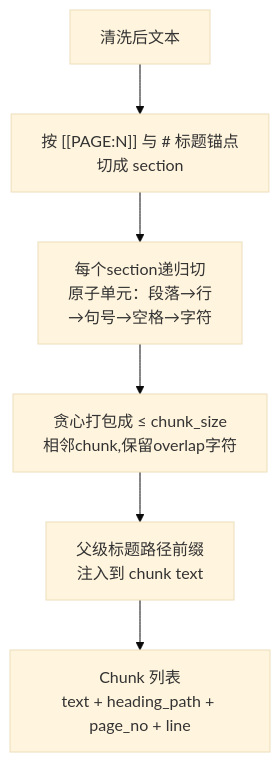
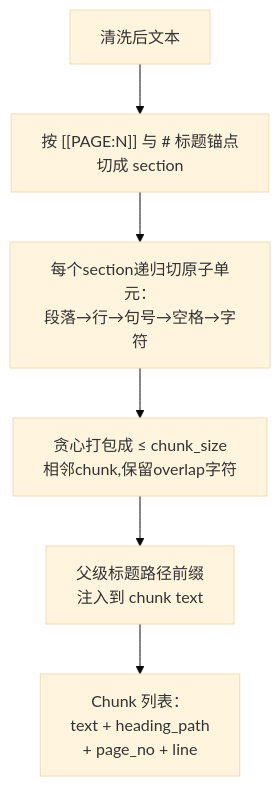
One commit to michaelwangzhenan/AgentA changed the fifth of 27 diagrams in docs/design.md. Above: the diagram before and after it, drawn with Mermaid (base theme). The commit also changed other lines of this file and 13 other files, not shown here.

````diff
--- a/docs/design.md
+++ b/docs/design.md
@@ -158,8 +149,8 @@
 ```mermaid
 flowchart TD
     T["清洗后文本"] --> SC["按 [[PAGE:N]] 与 # 标题锚点<br/>切成 section"]
-    SC --> AT["每个section递归切<br/>原子单元：段落→行<br/>→句号→空格→字符"]
+    SC --> AT["每个section递归切原子单元：<br/>段落→行→句号→空格→字符"]
     AT --> PK["贪心打包成 ≤ chunk_size<br/>相邻chunk,保留overlap字符"]
     PK --> BR["父级标题路径前缀<br/>注入到 chunk text"]
-    BR --> CK["Chunk 列表<br/>text + heading_path + page_no + line"]
+    BR --> CK["Chunk 列表：<br/>text + heading_path<br/>+ page_no + line"]
 ```
````
